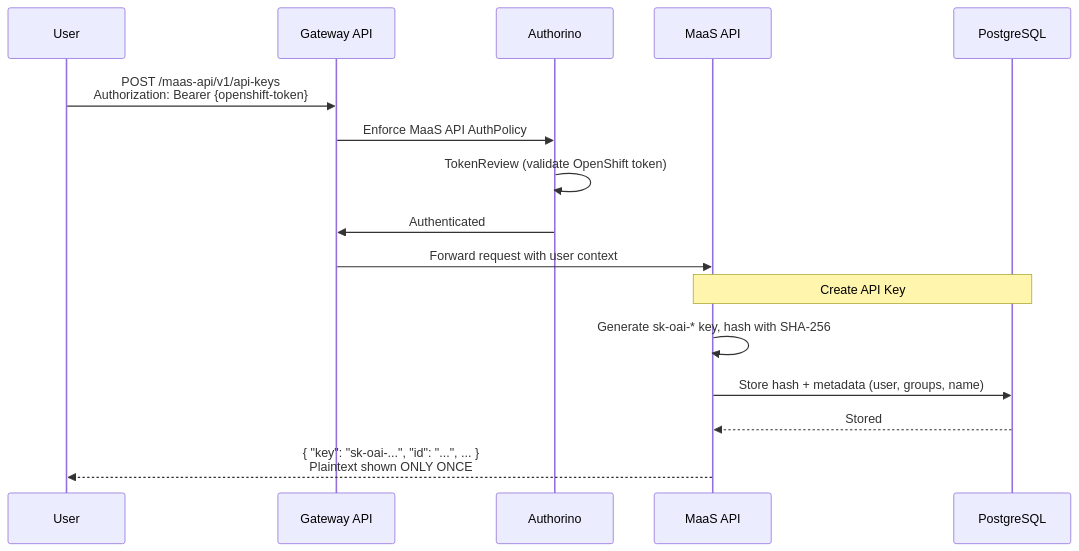
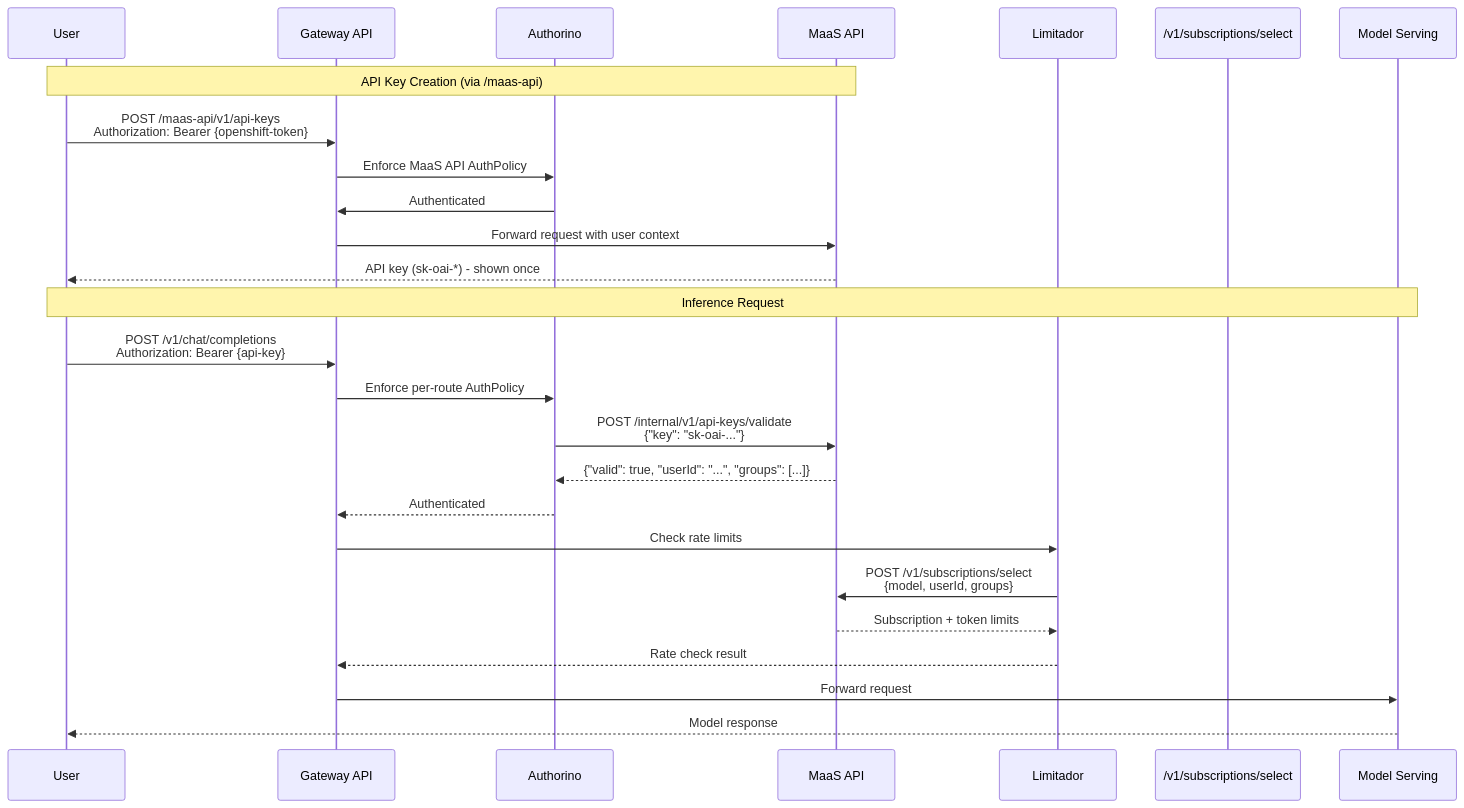
The fifth of 6 diagrams in docs/content/architecture.md (opendatahub-io/models-as-a-service), drawn with Mermaid before and after one commit. The commit also changed other lines of this file and 26 other files, not shown here.

````diff
--- a/docs/content/architecture.md
+++ b/docs/content/architecture.md
@@ -296,21 +267,30 @@
 ```mermaid
 sequenceDiagram
     participant User
     participant Gateway as Gateway API
     participant Authorino
     participant MaaS as MaaS API
-    participant DB as PostgreSQL
+    participant Limitador
+    participant SubSelect as /v1/subscriptions/select
+    participant RHOAI as Model Serving
 
+    Note over User,MaaS: API Key Creation (via /maas-api)
     User->>Gateway: POST /maas-api/v1/api-keys<br/>Authorization: Bearer {openshift-token}
     Gateway->>Authorino: Enforce MaaS API AuthPolicy
-    Authorino->>Authorino: TokenReview (validate OpenShift token)
     Authorino->>Gateway: Authenticated
     Gateway->>MaaS: Forward request with user context
+    MaaS-->>User: API key (sk-oai-*) - shown once
 
-    Note over MaaS,DB: Create API Key
-    MaaS->>MaaS: Generate sk-oai-* key, hash with SHA-256
-    MaaS->>DB: Store hash + metadata (user, groups, name)
-    DB-->>MaaS: Stored
-
-    MaaS-->>User: { "key": "sk-oai-...", "id": "...", ... }<br/>Plaintext shown ONLY ONCE
+    Note over User,RHOAI: Inference Request
+    User->>Gateway: POST /v1/chat/completions<br/>Authorization: Bearer {api-key}
+    Gateway->>Authorino: Enforce per-route AuthPolicy
+    Authorino->>MaaS: POST /internal/v1/api-keys/validate<br/>{"key": "sk-oai-..."}
+    MaaS-->>Authorino: {"valid": true, "userId": "...", "groups": [...]}
+    Authorino-->>Gateway: Authenticated
+    Gateway->>Limitador: Check rate limits
+    Limitador->>MaaS: POST /v1/subscriptions/select<br/>{model, userId, groups}
+    MaaS-->>Limitador: Subscription + token limits
+    Limitador-->>Gateway: Rate check result
+    Gateway->>RHOAI: Forward request
+    RHOAI-->>User: Model response
 ```
````
